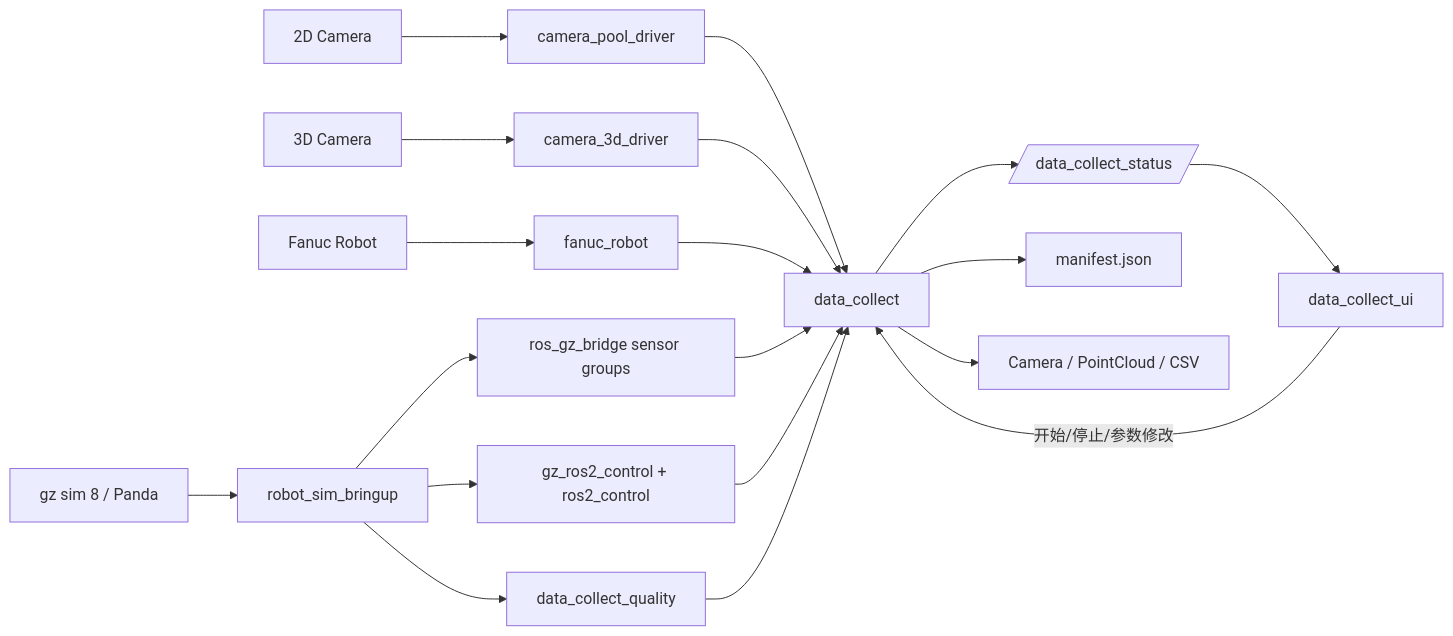
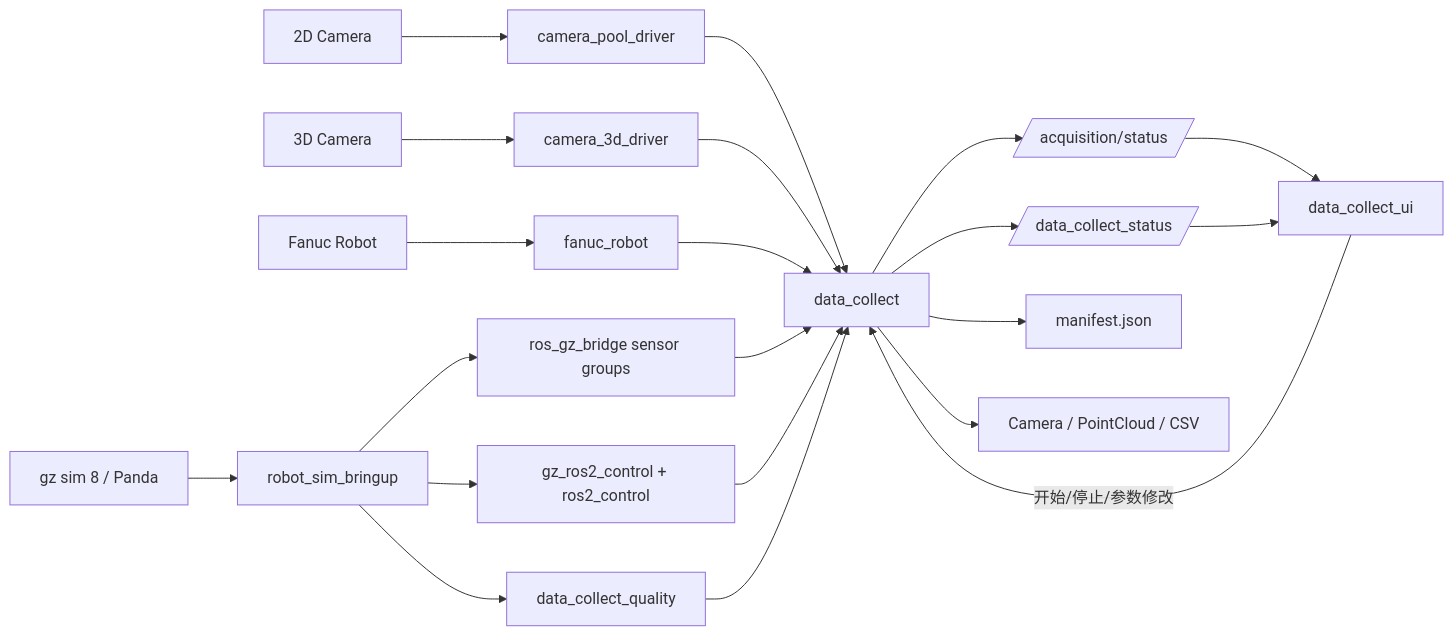
One commit to MzKyle/Robot-Sim changed the diagram in docs/architecture/data-flow.md. Above: the diagram before and after it, drawn with Mermaid. The commit also changed other lines of this file and 83 other files, not shown here.

````diff
--- a/docs/architecture/data-flow.md
+++ b/docs/architecture/data-flow.md
@@ -5,24 +5,26 @@
 ```mermaid
 flowchart LR
     Camera2D[2D Camera] --> Node2D[camera_pool_driver]
     Camera3D[3D Camera] --> Node3D[camera_3d_driver]
     Robot[Fanuc Robot] --> RobotNode[fanuc_robot]
     SimSim[gz sim 8 / Panda] --> SimLaunch[robot_sim_bringup]
     SimLaunch --> SimNode3D[ros_gz_bridge sensor groups]
     SimLaunch --> SimRobot[gz_ros2_control + ros2_control]
     SimLaunch --> Quality[data_collect_quality]
 
     Node2D --> Collect[data_collect]
     Node3D --> Collect
     RobotNode --> Collect
     SimNode3D --> Collect
     SimRobot --> Collect
     Quality --> Collect
 
     Collect --> Status[/data_collect_status/]
+    Collect --> Acquisition[/acquisition/status/]
     Collect --> Manifest[manifest.json]
     Collect --> Media[Camera / PointCloud / CSV]
 
-    Status --> UI[data_collect_ui]
+    Acquisition --> UI[data_collect_ui]
+    Status --> UI
     UI -->|开始/停止/参数修改| Collect
 ```
````
